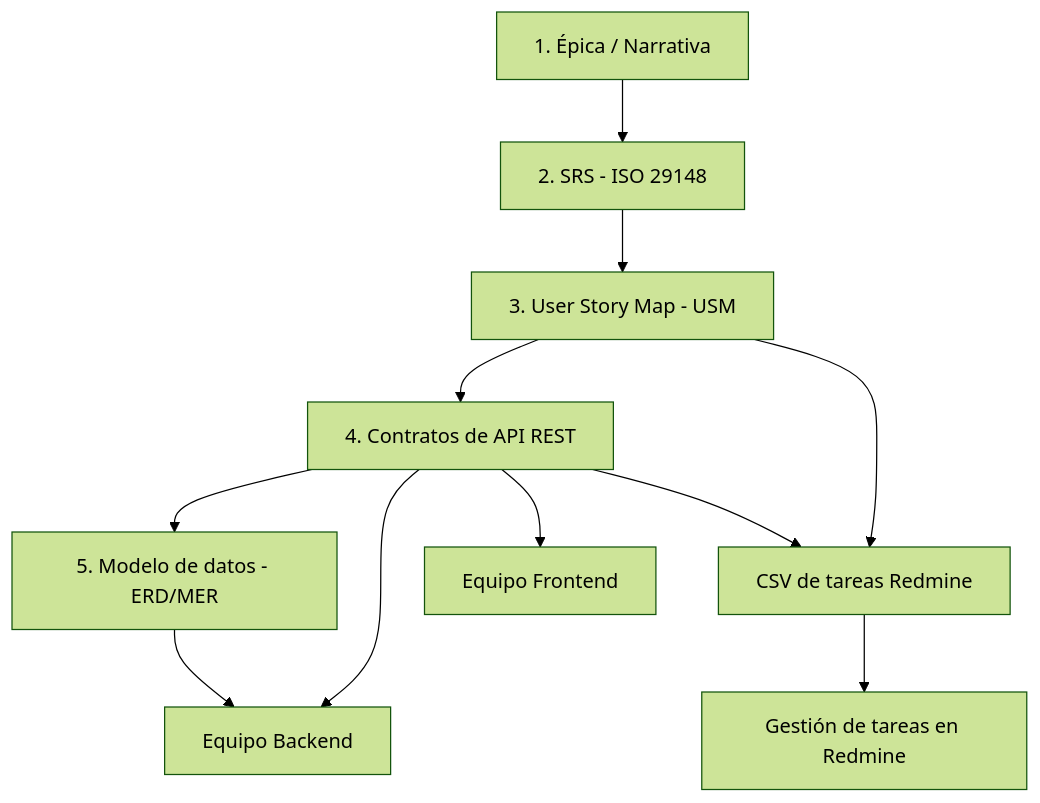
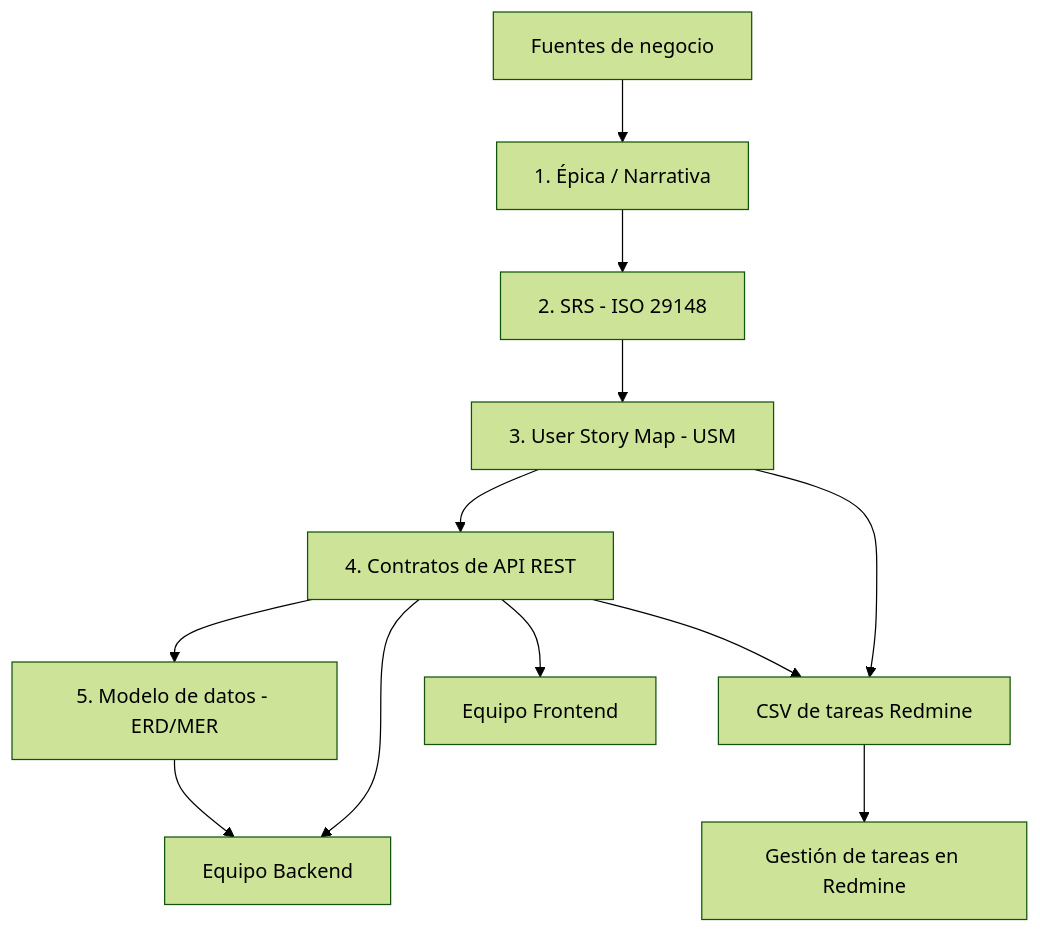
One commit to quirogagustavo/plantilla-documentacion-software changed the diagram in README.md. Above: the diagram before and after it, drawn with Mermaid (forest theme). The commit also changed other lines of this file and 2 other files, not shown here.

First line of the commit message:
Incorporar prompt genérico de narrativa de negocio

````diff
--- a/README.md
+++ b/README.md
@@ -18,13 +18,14 @@
 ```mermaid
 graph TD
+    O["Fuentes de negocio"] --> A
     A["1. Épica / Narrativa"] --> B["2. SRS - ISO 29148"]
     B --> C["3. User Story Map - USM"]
     C --> D["4. Contratos de API REST"]
     D --> E["5. Modelo de datos - ERD/MER"]
     C --> R["CSV de tareas Redmine"]
     D --> R
     D --> F["Equipo Frontend"]
     D --> G["Equipo Backend"]
     E --> G
     R --> H["Gestión de tareas en Redmine"]
 ```
````
